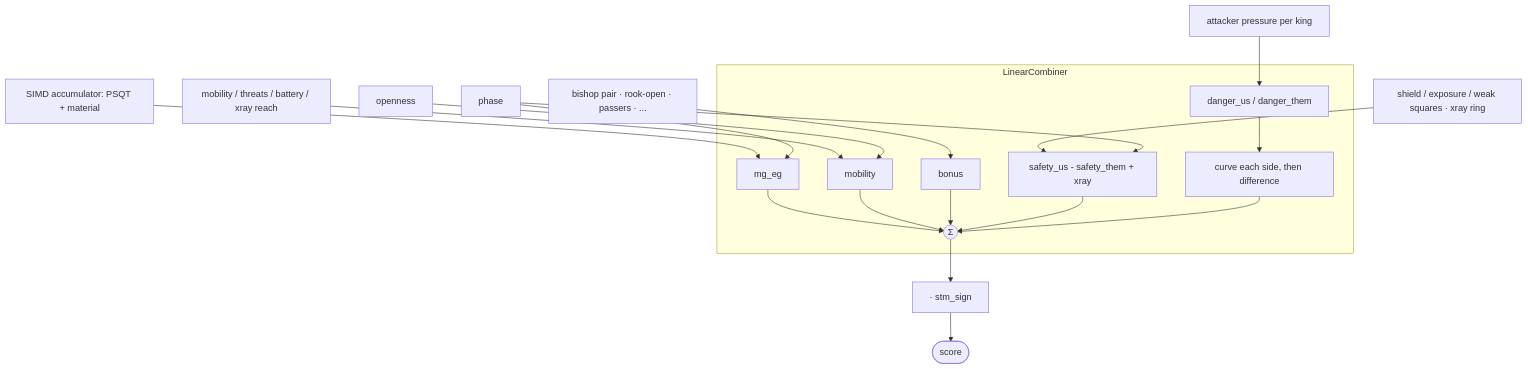
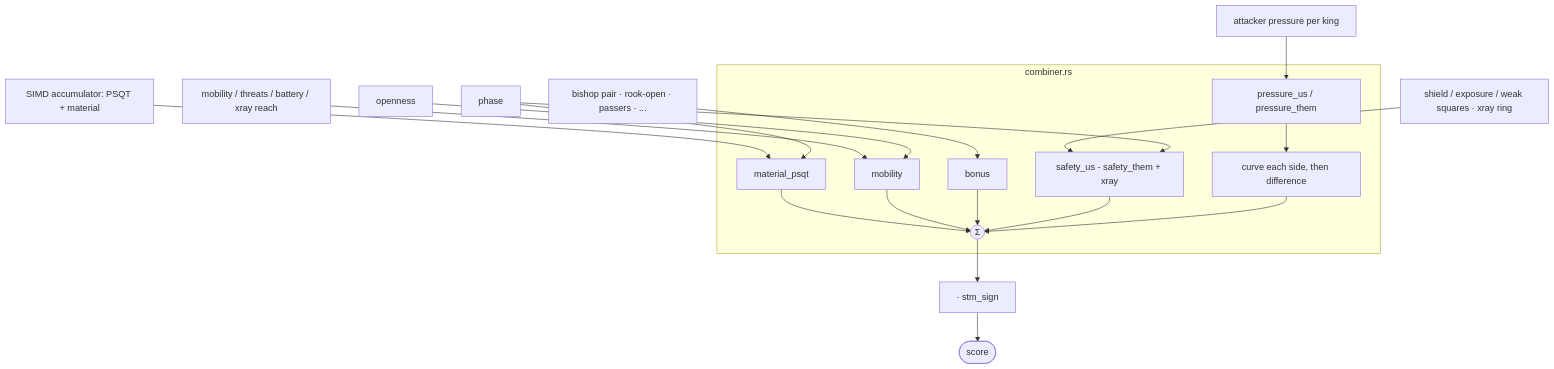
One commit to Aethdv/Soul changed the diagram in evaltuner/EVAL_TUNER.md. Above: the diagram before and after it, drawn with Mermaid. The commit also changed other lines of this file and 93 other files, not shown here.

````diff
--- a/evaltuner/EVAL_TUNER.md
+++ b/evaltuner/EVAL_TUNER.md
@@ -47,18 +47,18 @@
 ```mermaid
 flowchart TD
-    ACC["SIMD accumulator: PSQT + material"] --> MGEG["mg_eg"]
+    ACC["SIMD accumulator: PSQT + material"] --> MGEG["material_psqt"]
     MOB["mobility / threats / battery / xray reach"] --> MOBB["mobility"]
     BON["bishop pair · rook-open · passers · ..."] --> BONB["bonus"]
     SAF["shield / exposure / weak squares · xray ring"] --> SAFB["safety_us - safety_them + xray"]
-    ATK["attacker pressure per king"] --> DNG["danger_us / danger_them"]
+    ATK["attacker pressure per king"] --> DNG["pressure_us / pressure_them"]
     PHASE["phase"] --> MGEG
     PHASE --> SAFB
     OPEN["openness"] --> MOBB
 
-    subgraph Combiner ["LinearCombiner"]
+    subgraph Combiner ["combiner.rs"]
         DNG --> CURVE["curve each side, then difference"]
         MGEG & MOBB & BONB & SAFB & CURVE --> SUM(("Σ"))
     end
     SUM --> FLIP["· stm_sign"]
     FLIP --> OUT(["score"])
 ```
````
